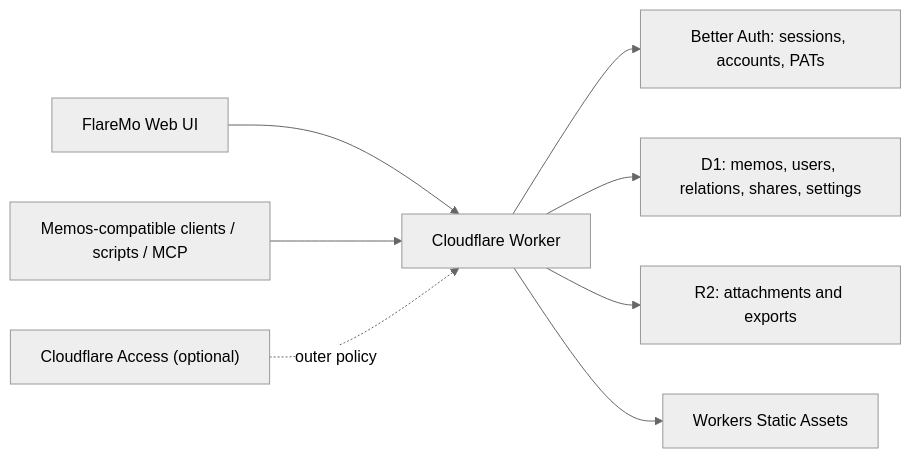
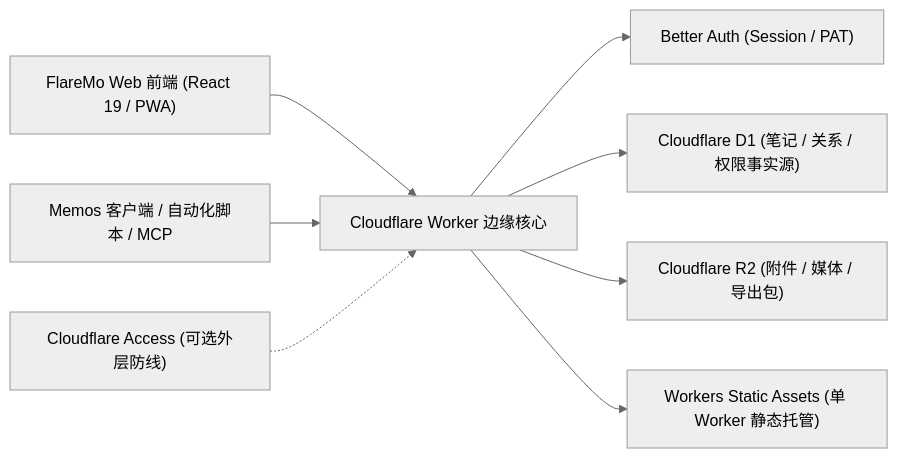
Before and after one commit to 0Pluto/flaremo-test: the diagram in README.md, drawn with Mermaid (neutral theme). The commit also changed other lines of this file and 11 other files, not shown here.

````diff
--- a/README.md
+++ b/README.md
@@ -229,11 +165,11 @@
 ```mermaid
 flowchart LR
-  Browser["FlareMo Web UI"] --> Worker["Cloudflare Worker"]
-  Clients["Memos-compatible clients / scripts / MCP"] --> Worker
+  Browser["FlareMo Web 前端 (React 19 / PWA)"] --> Worker["Cloudflare Worker 边缘核心"]
+  Clients["Memos 客户端 / 自动化脚本 / MCP"] --> Worker
 
-  Worker --> Auth["Better Auth: sessions, accounts, PATs"]
-  Worker --> D1["D1: memos, users, relations, shares, settings"]
-  Access["Cloudflare Access (optional)"] -. outer policy .-> Worker
-  Worker --> R2["R2: attachments and exports"]
-  Worker --> Assets["Workers Static Assets"]
+  Worker --> Auth["Better Auth (Session / PAT)"]
+  Worker --> D1["Cloudflare D1 (笔记 / 关系 / 权限事实源)"]
+  Access["Cloudflare Access (可选外层防线)"] -.-> Worker
+  Worker --> R2["Cloudflare R2 (附件 / 媒体 / 导出包)"]
+  Worker --> Assets["Workers Static Assets (单 Worker 静态托管)"]
 ```
````
